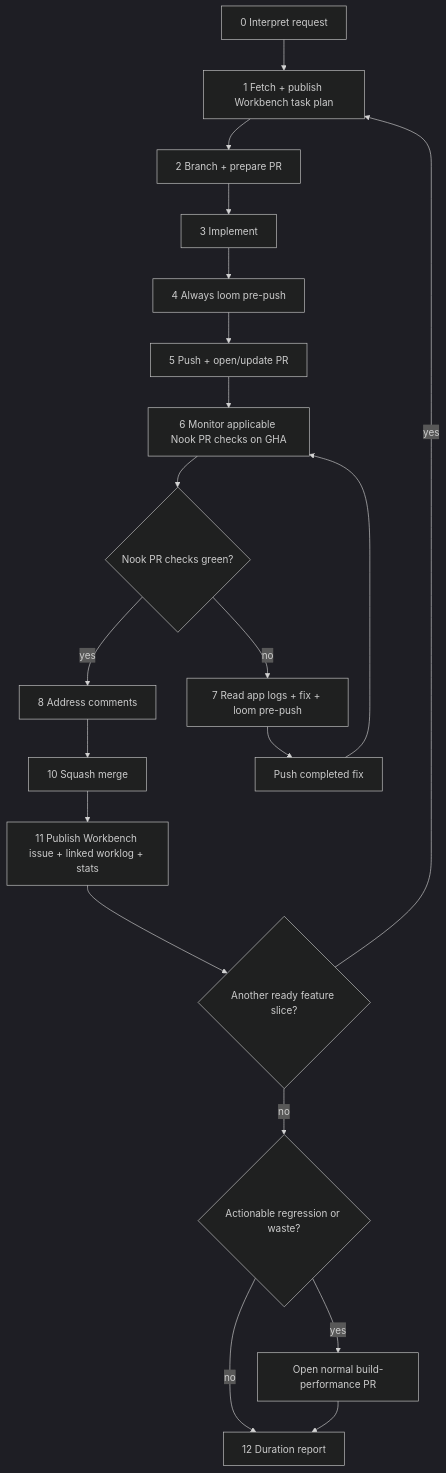
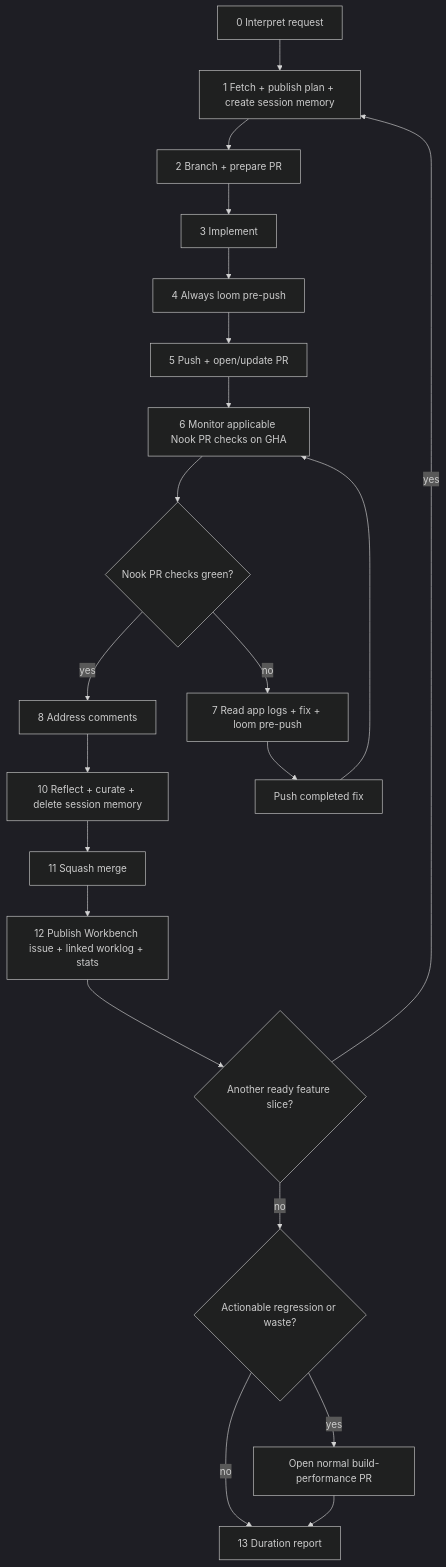
The diagram in .cortex/workflows/coding-bro.md (meta-secret/nook), drawn with Mermaid (dark theme) before and after one commit. The commit also changed other lines of this file and 15 other files, not shown here.

````diff
--- a/.cortex/workflows/coding-bro.md
+++ b/.cortex/workflows/coding-bro.md
@@ -324,22 +349,23 @@
 ```mermaid
 flowchart TD
-  P[0 Interpret request] --> F[1 Fetch + publish Workbench task plan]
+  P[0 Interpret request] --> F[1 Fetch + publish plan + create session memory]
   F --> B[2 Branch + prepare PR]
   B --> I[3 Implement]
   I --> H[4 Always loom pre-push]
   H --> PU[5 Push + open/update PR]
   PU --> PR[6 Monitor applicable Nook PR checks on GHA]
   PR --> G{Nook PR checks green?}
   G -->|yes| C[8 Address comments]
-  C --> M[10 Squash merge]
+  C --> R[10 Reflect + curate + delete session memory]
+  R --> M[11 Squash merge]
   G -->|no| FIX[7 Read app logs + fix + loom pre-push]
   FIX --> PUSH[Push completed fix]
   PUSH --> PR
-  M --> S[11 Publish Workbench issue + linked worklog + stats]
+  M --> S[12 Publish Workbench issue + linked worklog + stats]
   S --> N{Another ready feature slice?}
   N -->|yes| F
   N -->|no| W{Actionable regression or waste?}
   W -->|yes| BP[Open normal build-performance PR]
-  W -->|no| D[12 Duration report]
+  W -->|no| D[13 Duration report]
   BP --> D
 ```
````
